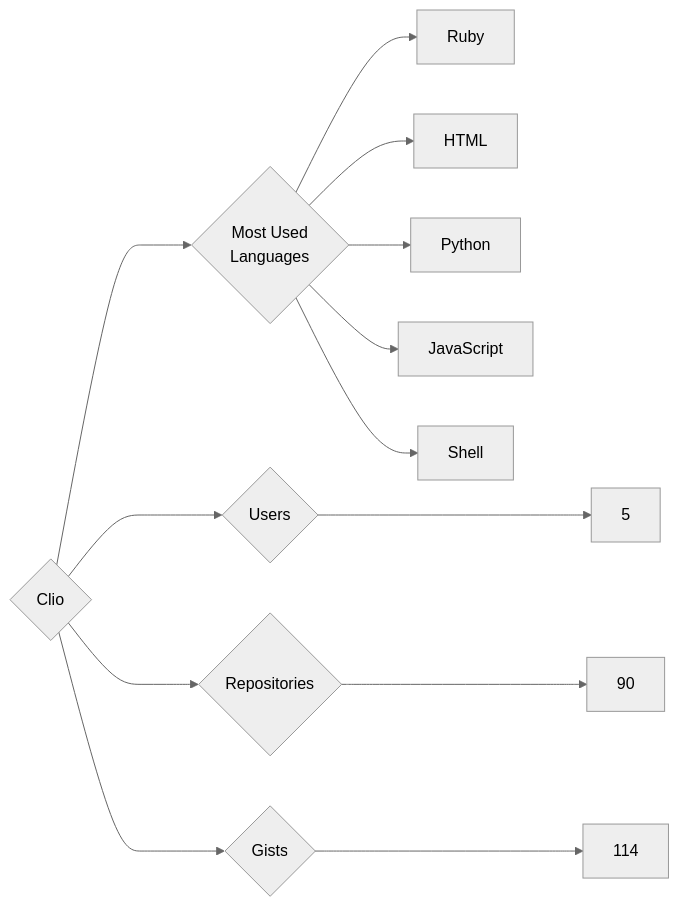
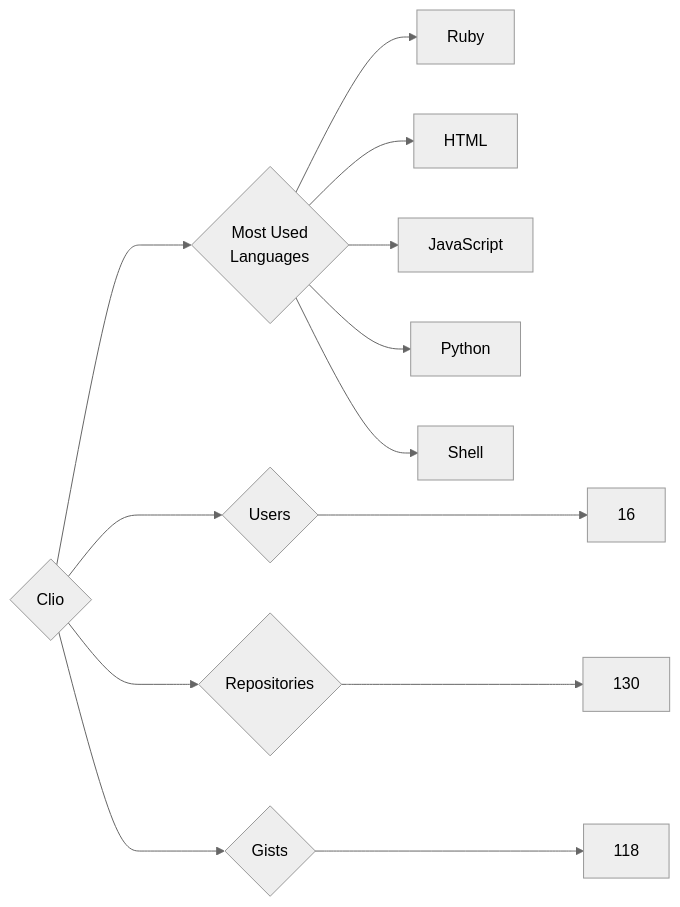
The diagram in targets/Clio/README.md (trickest/insiders), drawn with Mermaid (neutral theme) before and after one commit. The commit also changed 775 other files, not shown here.

````diff
--- a/targets/Clio/README.md
+++ b/targets/Clio/README.md
@@ -3,13 +3,13 @@
 ```mermaid
 graph LR
 COMPANY_NAME{Clio}
-COMPANY_NAME ---> U{Users} ---> UN[5]
-COMPANY_NAME ---> R{Repositories} ---> RN[90]
-COMPANY_NAME ---> G{Gists} ---> GN[114]
+COMPANY_NAME ---> U{Users} ---> UN[16]
+COMPANY_NAME ---> R{Repositories} ---> RN[130]
+COMPANY_NAME ---> G{Gists} ---> GN[118]
 COMPANY_NAME ---> ML{Most Used<br>Languages}
 ML --> Ruby[Ruby]
 ML --> HTML[HTML]
+ML --> JavaScript[JavaScript]
 ML --> Python[Python]
-ML --> JavaScript[JavaScript]
 ML --> Shell[Shell]
 ```
````
